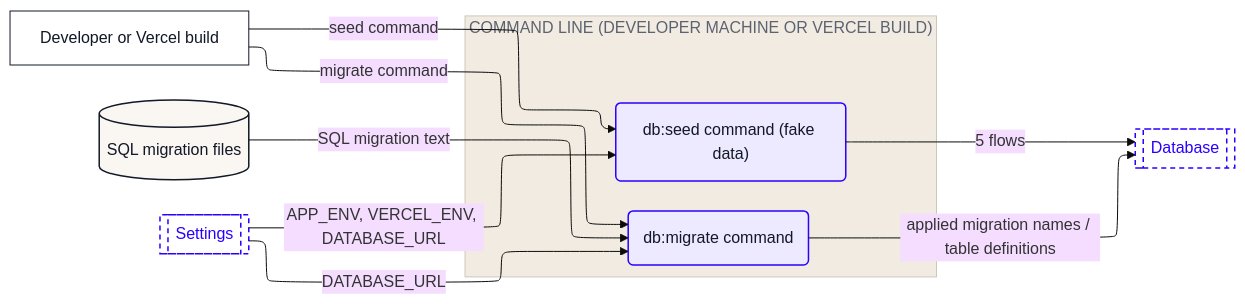
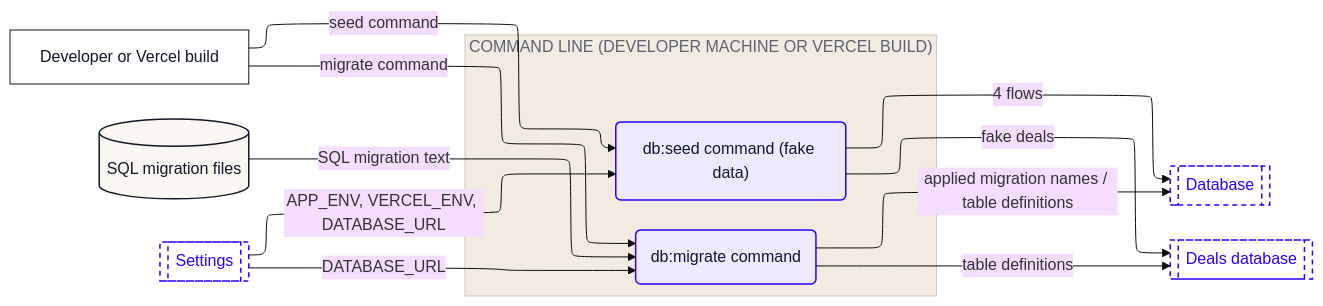
One commit to Romain-Perche/Barnacle-Pipe changed the fourth of 10 diagrams in dataflow/DATAFLOW.md. Above: the diagram before and after it, drawn with Mermaid (base theme). The commit also changed other lines of this file and 7 other files, not shown here.

````diff
--- a/dataflow/DATAFLOW.md
+++ b/dataflow/DATAFLOW.md
@@ -211,33 +204,36 @@
 ```mermaid
 ---
 config:
   layout: elk
 ---
 flowchart LR
     n1["Developer or Vercel build"]
     n2[("SQL migration files")]
     subgraph z1["COMMAND LINE (DEVELOPER MACHINE OR VERCEL BUILD)"]
         n3("db:migrate command")
         n4("db:seed command (fake data)")
     end
     n5[["Database"]]
-    n6[["Settings"]]
+    n6[["Deals database"]]
+    n7[["Settings"]]
     n1 -->|"migrate command"| n3
     n1 -->|"seed command"| n4
-    n6 -->|"DATABASE_URL"| n3
-    n6 -->|"APP_ENV, VERCEL_ENV, DATABASE_URL"| n4
+    n7 -->|"DATABASE_URL"| n3
+    n7 -->|"APP_ENV, VERCEL_ENV, DATABASE_URL"| n4
+    n3 -->|"table definitions"| n6
     n3 -->|"applied migration names / table definitions"| n5
     n2 -->|"SQL migration text"| n3
-    n4 -->|"5 flows"| n5
+    n4 -->|"fake deals"| n6
+    n4 -->|"4 flows"| n5
     classDef actor fill:#FFFFFF,stroke:#111827,stroke-width:1px,color:#111827
     classDef process fill:#EDEAFF,stroke:#2B00FF,stroke-width:1.5px,color:#111827
     classDef store fill:#FAF6F1,stroke:#111827,stroke-width:1.5px,color:#111827
     classDef zone fill:#1A1A1A,stroke:#1A1A1A,color:#FFFFFF
     classDef group fill:#2B00FF,stroke:#2B00FF,color:#FFFFFF
     classDef stub fill:#FFFFFF,stroke:#2B00FF,stroke-width:1.5px,stroke-dasharray:5 4,color:#2B00FF
     class n1 actor
     class n3,n4 process
     class n2 store
-    class n5,n6 stub
+    class n5,n6,n7 stub
     style z1 fill:#F1EBE2,stroke:#CFC7BB,color:#5D6270
 ```
````
